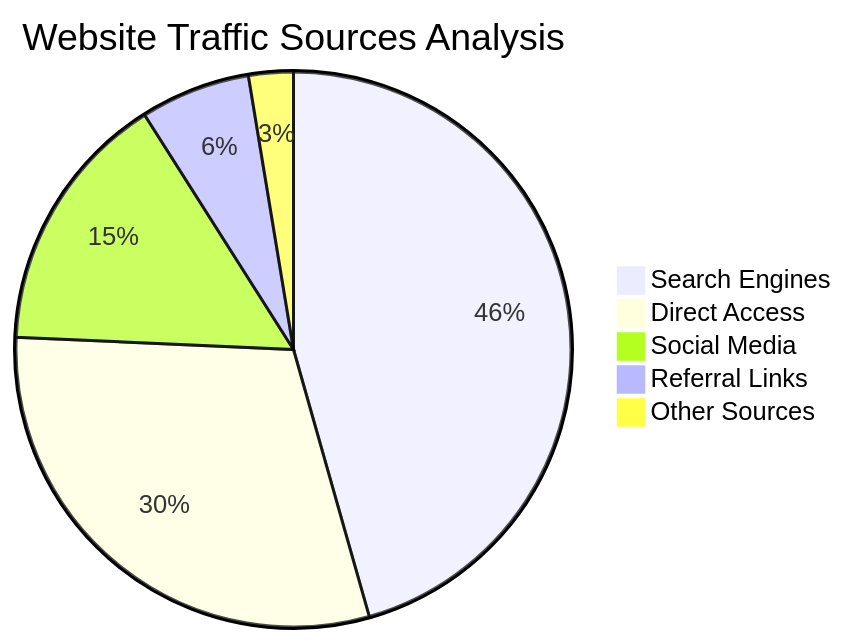
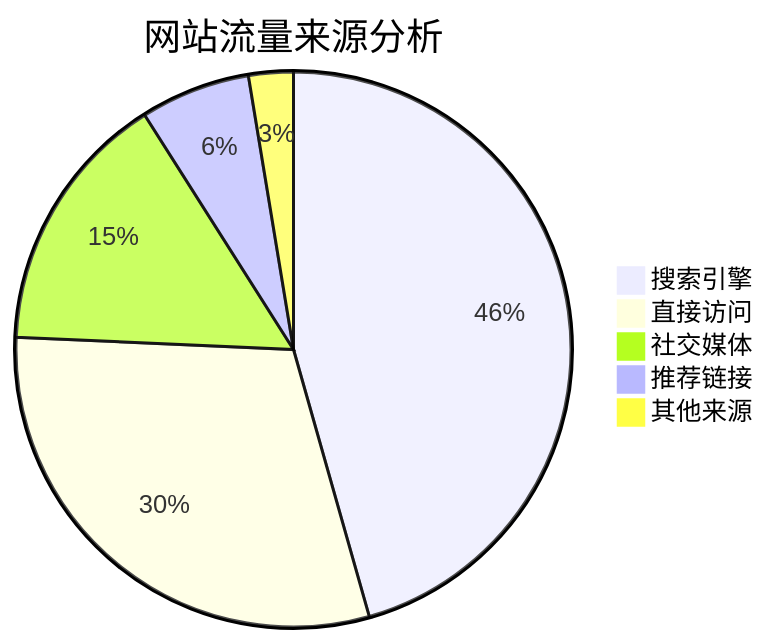
One commit to tb-miao/blog changed the sixth of 6 diagrams in src/content/posts/markdown-mermaid.md. Above: the diagram before and after it, drawn with Mermaid. The commit also changed other lines of this file and 909 other files, not shown here.

````diff
--- a/src/content/posts/markdown-mermaid.md
+++ b/src/content/posts/markdown-mermaid.md
@@ -177,8 +177,8 @@
 ```mermaid
-pie title Website Traffic Sources Analysis
-    "Search Engines" : 45.6
-    "Direct Access" : 30.1
-    "Social Media" : 15.3
-    "Referral Links" : 6.4
-    "Other Sources" : 2.6
+pie title 网站流量来源分析
+    "搜索引擎" : 45.6
+    "直接访问" : 30.1
+    "社交媒体" : 15.3
+    "推荐链接" : 6.4
+    "其他来源" : 2.6
 ```
````
